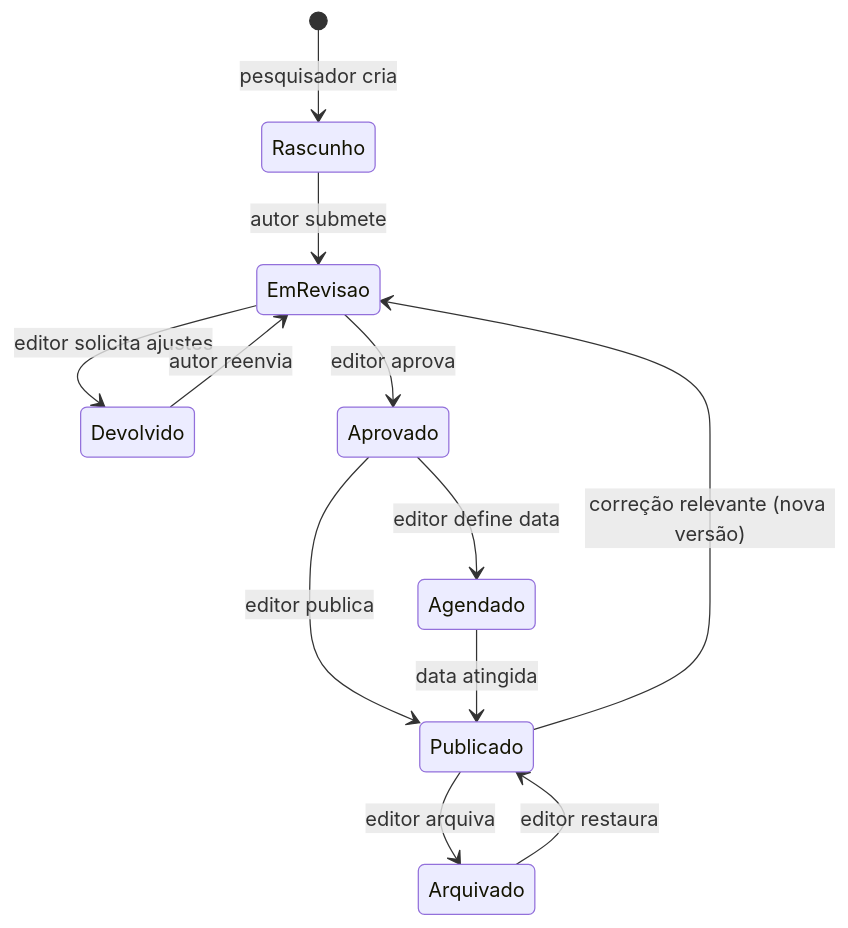
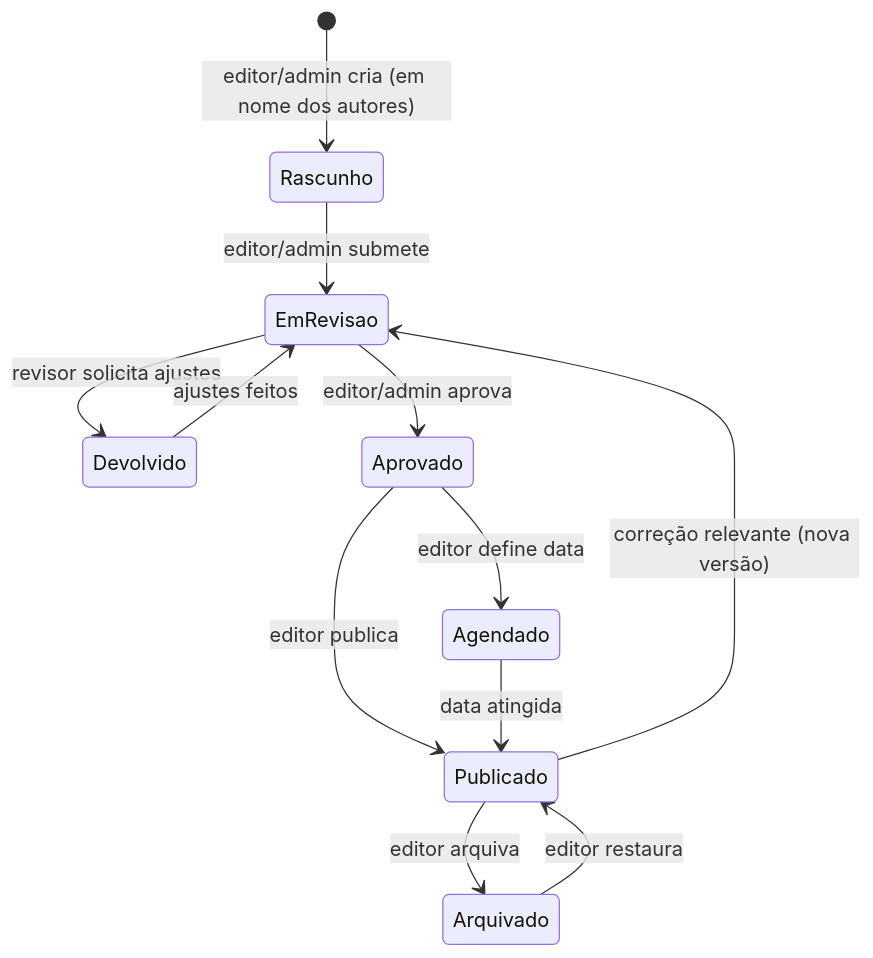
One commit to labarro/PPGPS-Portal changed the fourth of 10 diagrams in docs/PLANEJAMENTO_PORTAL_PPGPS.md. Above: the diagram before and after it, drawn with Mermaid. The commit also changed other lines of this file and 29 other files, not shown here.

````diff
--- a/docs/PLANEJAMENTO_PORTAL_PPGPS.md
+++ b/docs/PLANEJAMENTO_PORTAL_PPGPS.md
@@ -666,14 +691,14 @@
 ```mermaid
 stateDiagram-v2
-    [*] --> Rascunho: pesquisador cria
-    Rascunho --> EmRevisao: autor submete
-    EmRevisao --> Devolvido: editor solicita ajustes
-    Devolvido --> EmRevisao: autor reenvia
-    EmRevisao --> Aprovado: editor aprova
+    [*] --> Rascunho: editor/admin cria (em nome dos autores)
+    Rascunho --> EmRevisao: editor/admin submete
+    EmRevisao --> Devolvido: revisor solicita ajustes
+    Devolvido --> EmRevisao: ajustes feitos
+    EmRevisao --> Aprovado: editor/admin aprova
     Aprovado --> Agendado: editor define data
     Aprovado --> Publicado: editor publica
     Agendado --> Publicado: data atingida
     Publicado --> Arquivado: editor arquiva
     Arquivado --> Publicado: editor restaura
     Publicado --> EmRevisao: correção relevante (nova versão)
 ```
````
